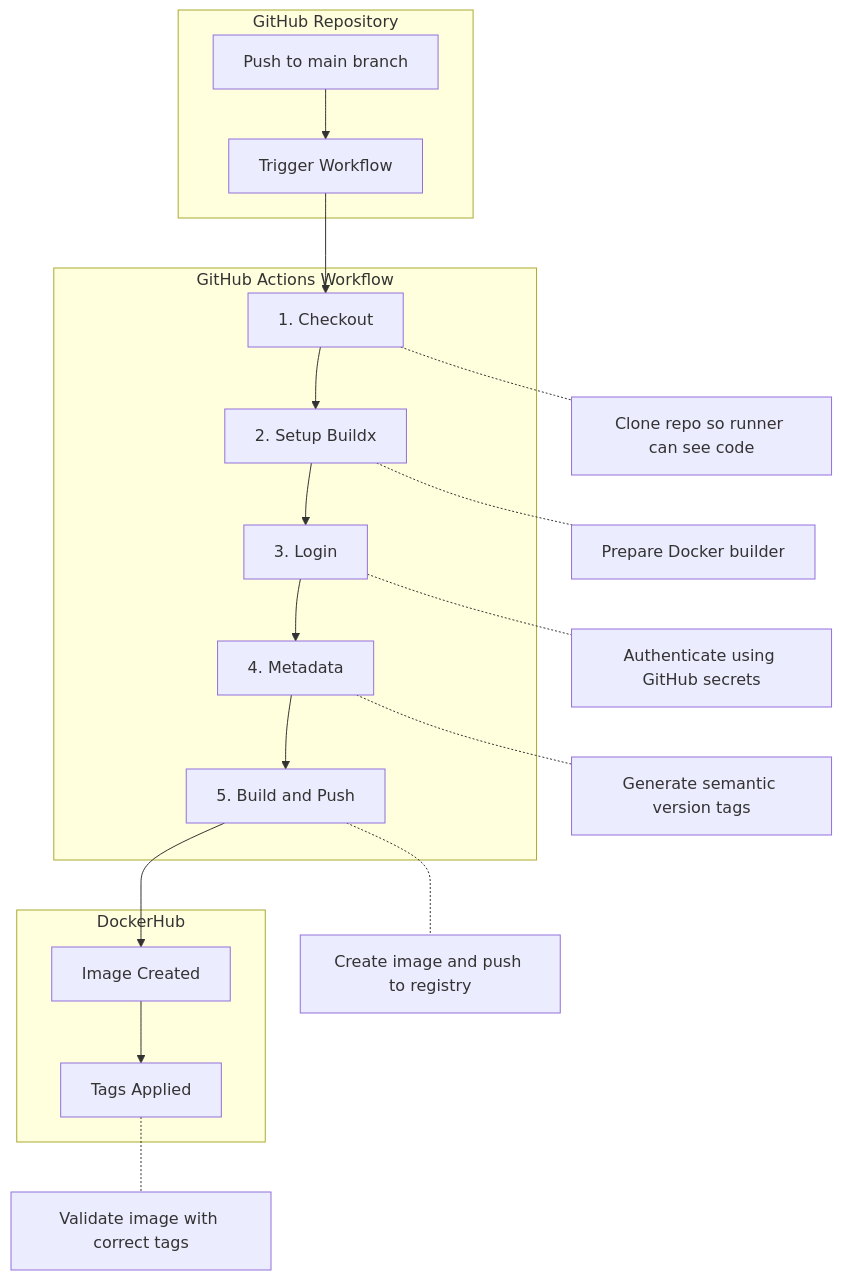
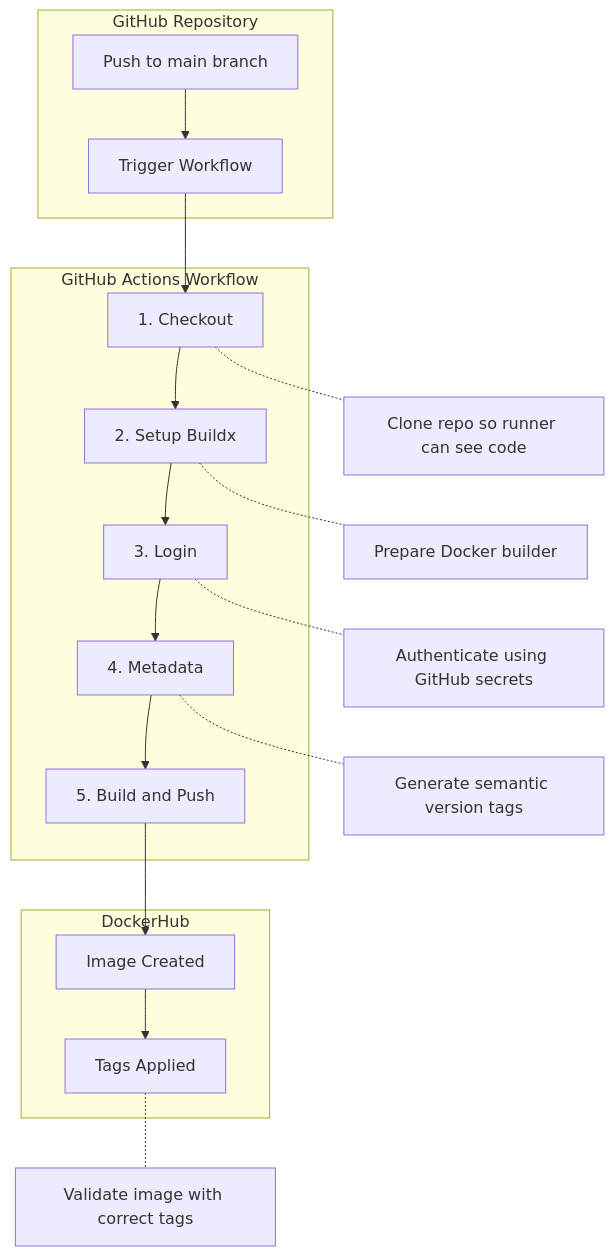
The diagram in README-CI.md (WSU-kduncan/cicdf25-jericoco520), drawn with Mermaid before and after one commit.

Commit message:
Fix: mermaid diagram, remove extra flow

````diff
--- a/README-CI.md
+++ b/README-CI.md
@@ -23,26 +23,25 @@
 ```mermaid
 flowchart TD
     subgraph GitHub["GitHub Repository"]
         A[Push to main branch] --> B[Trigger Workflow]
     end
 
     subgraph Workflow["GitHub Actions Workflow"]
         B --> C[1. Checkout]
         C --> D[2. Setup Buildx]
         D --> E[3. Login]
         E --> F[4. Metadata]
         F --> G[5. Build and Push]
     end
 
     subgraph DockerHub["DockerHub"]
         G --> H[Image Created]
         H --> I[Tags Applied]
     end
 
     C -.- C1[Clone repo so runner can see code]
     D -.- D1[Prepare Docker builder]
     E -.- E1[Authenticate using GitHub secrets]
     F -.- F1[Generate semantic version tags]
-    G -.- G1[Create image and push to registry]
     I -.- I1[Validate image with correct tags]
 ```
````
